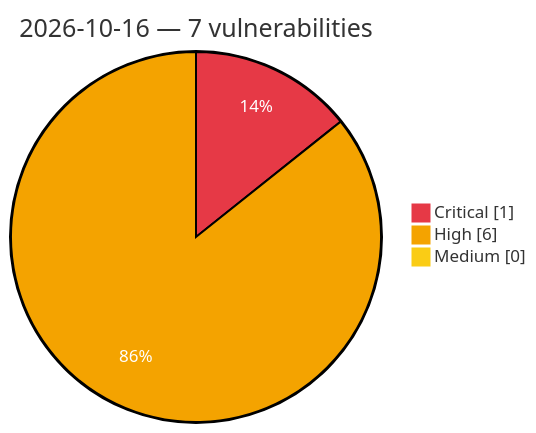
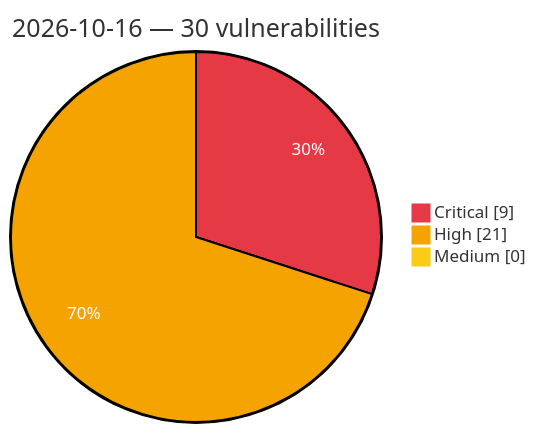
One commit to GhostX0X/vuln-tracker changed the diagram in vulnerabilities/2026/October/2026-10-16.md. Above: the diagram before and after it, drawn with Mermaid. The commit also changed other lines of this file and 5 other files, not shown here.

Commit message:
Auto update: critical/high vulns (2026-10-16 09:47 UTC)

````diff
--- a/vulnerabilities/2026/October/2026-10-16.md
+++ b/vulnerabilities/2026/October/2026-10-16.md
@@ -3,8 +3,8 @@
 ```mermaid
 %%{init: {'theme':'base', 'themeVariables': {'pie1':'#e63946', 'pie2':'#f4a300', 'pie3':'#facc15', 'pieOpacity':'1', 'pieOuterStrokeWidth':'2px', 'pieSectionTextColor':'#ffffff'}}}%%
 pie showData
-    title 2026-10-16 — 7 vulnerabilities
-    "Critical" : 1
-    "High" : 6
+    title 2026-10-16 — 30 vulnerabilities
+    "Critical" : 9
+    "High" : 21
     "Medium" : 0
 ```
````
